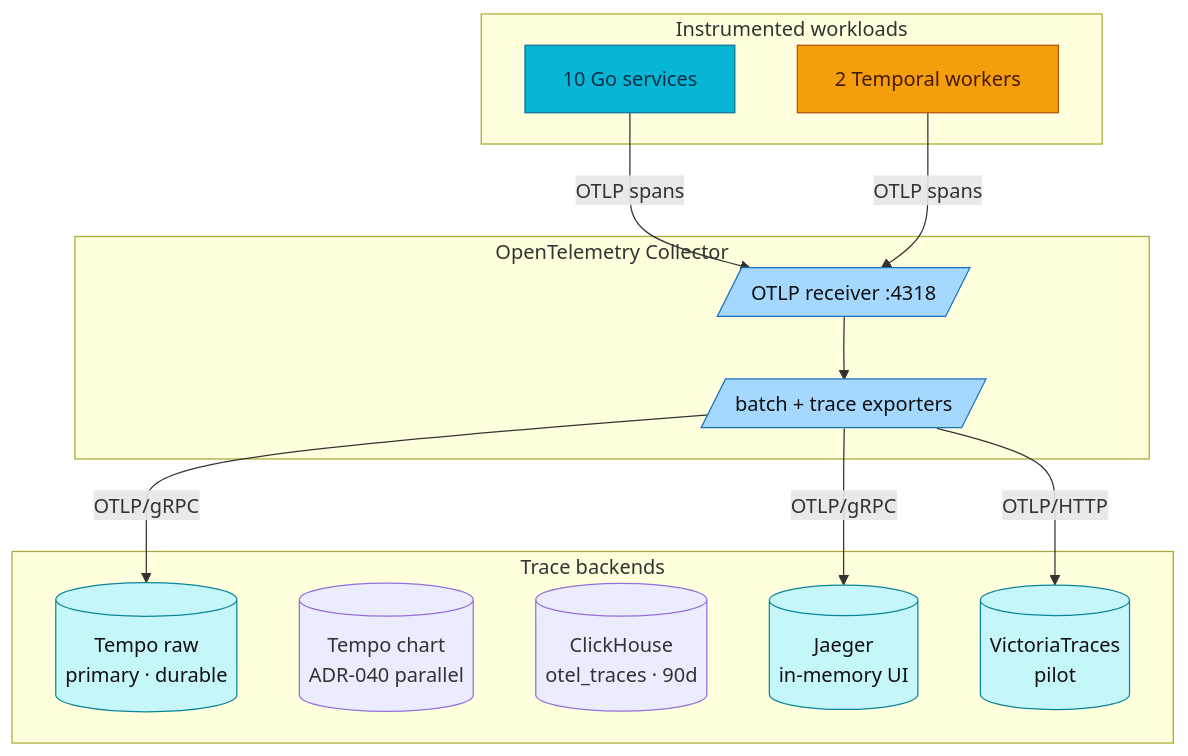
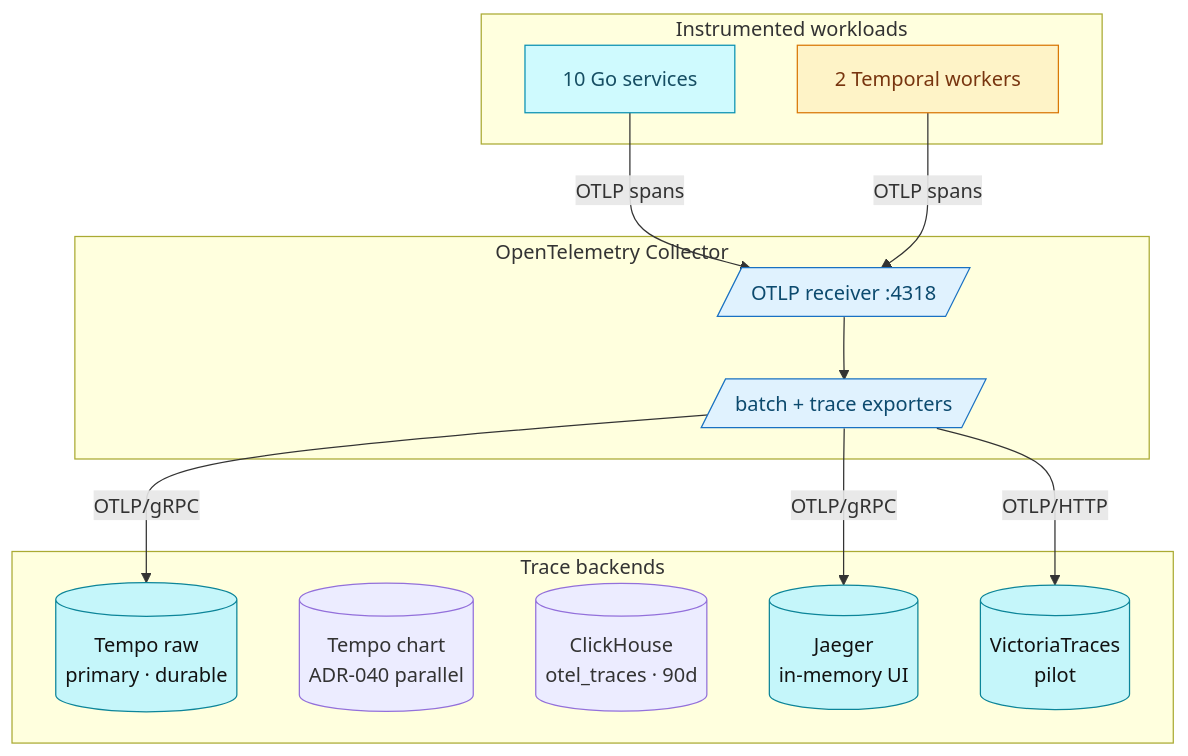
One commit to duynhlab/homelab changed the diagram in docs/observability/tracing/jaeger.md. Above: the diagram before and after it, drawn with Mermaid. The commit also changed 174 other files, not shown here.

First line of the commit message:
Soft-tint diagram palette, a signal-flow diagram, a Linux-ready Draw.io skill

````diff
--- a/docs/observability/tracing/jaeger.md
+++ b/docs/observability/tracing/jaeger.md
@@ -146,35 +146,35 @@
 ```mermaid
 flowchart TB
     subgraph workloads["Instrumented workloads"]
         Services["10 Go services"]
         Workers["2 Temporal workers"]
     end
 
     subgraph collectorNode["OpenTelemetry Collector"]
         Receiver[/"OTLP receiver :4318"/]
         Fanout[/"batch + trace exporters"/]
         Receiver --> Fanout
     end
 
     subgraph backends["Trace backends"]
         Tempo[("Tempo raw<br/>primary · durable")]
         TempoC[("Tempo chart<br/>ADR-040 parallel")]
         CH[("ClickHouse<br/>otel_traces · 90d")]
         Jaeger[("Jaeger<br/>in-memory UI")]
         VT[("VictoriaTraces<br/>pilot")]
     end
 
     Services & Workers -->|"OTLP spans"| Receiver
     Fanout -->|"OTLP/gRPC"| Tempo
     Fanout -->|"OTLP/gRPC"| Jaeger
     Fanout -->|"OTLP/HTTP"| VT
 
-    classDef service fill:#06b6d4,color:#082f49,stroke:#0e7490;
-    classDef worker fill:#f59e0b,color:#451a03,stroke:#b45309;
+    classDef service fill:#cffafe,color:#164e63,stroke:#0891b2;
+    classDef worker fill:#fef3c7,color:#78350f,stroke:#d97706;
     classDef trace fill:#c5f6fa,color:#111,stroke:#0c8599;
-    classDef collector fill:#a5d8ff,color:#111,stroke:#1971c2;
+    classDef collector fill:#e0f2fe,color:#0c4a6e,stroke:#1971c2;
     class Services service;
     class Workers worker;
     class Receiver,Fanout collector;
     class Tempo,Jaeger,VT trace;
 ```
````
